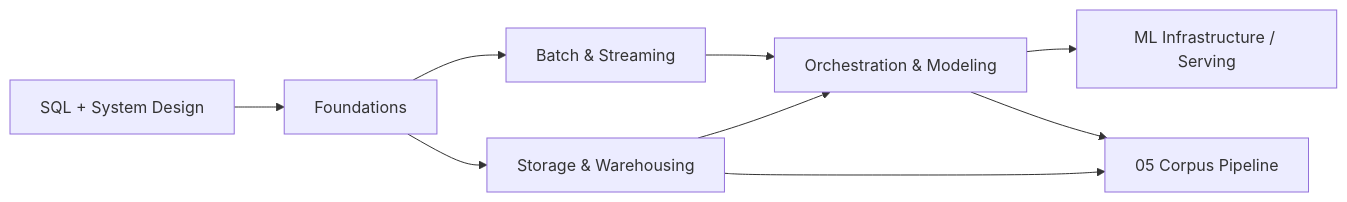
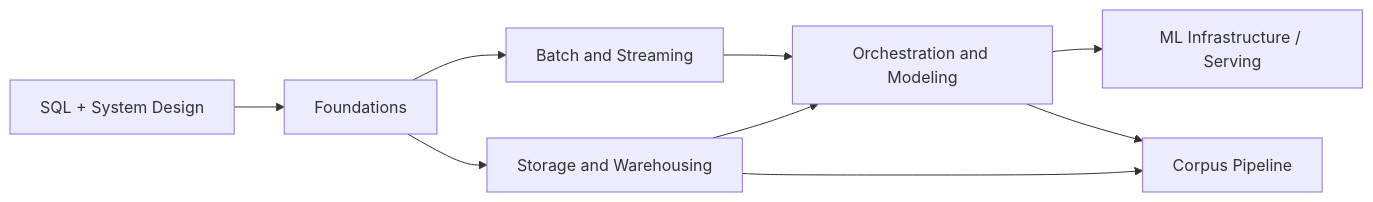
Before and after one commit to urmzd/openlearn: the diagram in content/courses/data-engineering/README.md, drawn with Mermaid. The commit also changed other lines of this file and 81 other files, not shown here.

````diff
--- a/content/courses/data-engineering/README.md
+++ b/content/courses/data-engineering/README.md
@@ -9,11 +22,11 @@
 ```mermaid
 graph LR
     SQL[SQL + System Design] --> F[Foundations]
-    F --> SW[Storage & Warehousing]
-    F --> BS[Batch & Streaming]
-    SW --> OM[Orchestration & Modeling]
+    F --> SW[Storage and Warehousing]
+    F --> BS[Batch and Streaming]
+    SW --> OM[Orchestration and Modeling]
     BS --> OM
     OM --> ML[ML Infrastructure / Serving]
-    SW --> CP[05 Corpus Pipeline]
+    SW --> CP[Corpus Pipeline]
     OM --> CP
 ```
````
